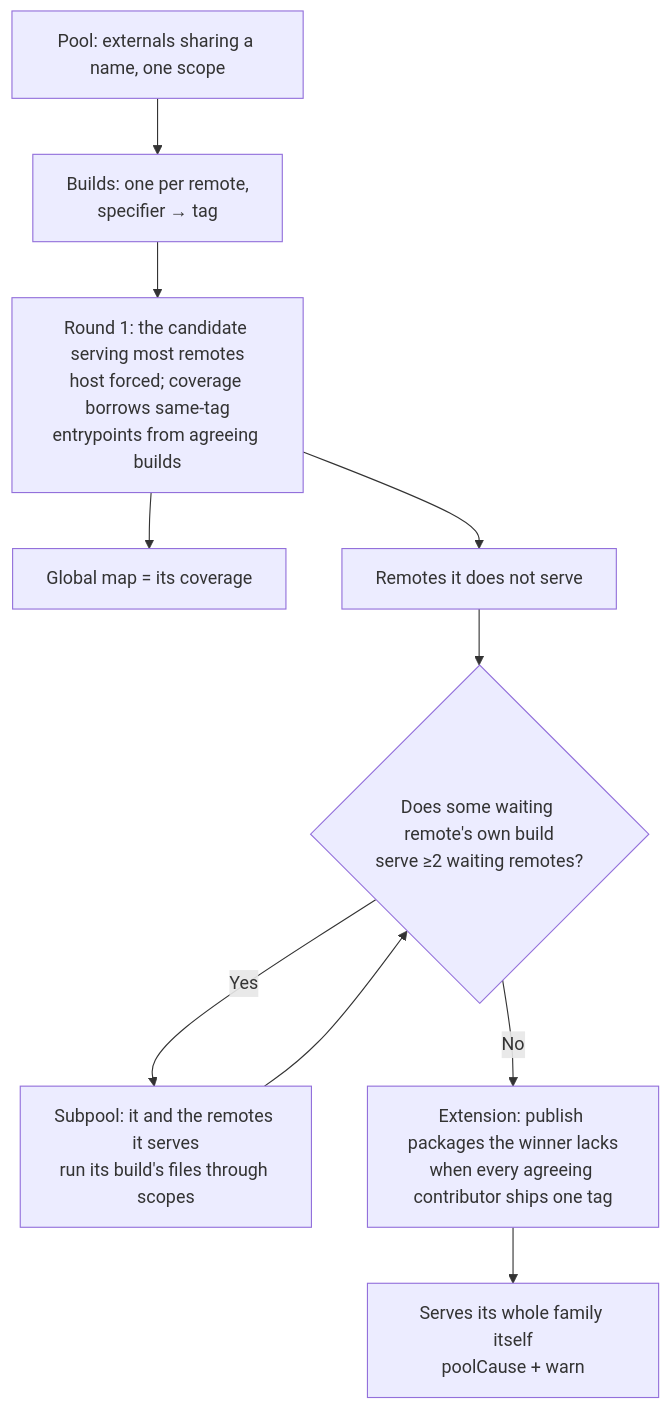
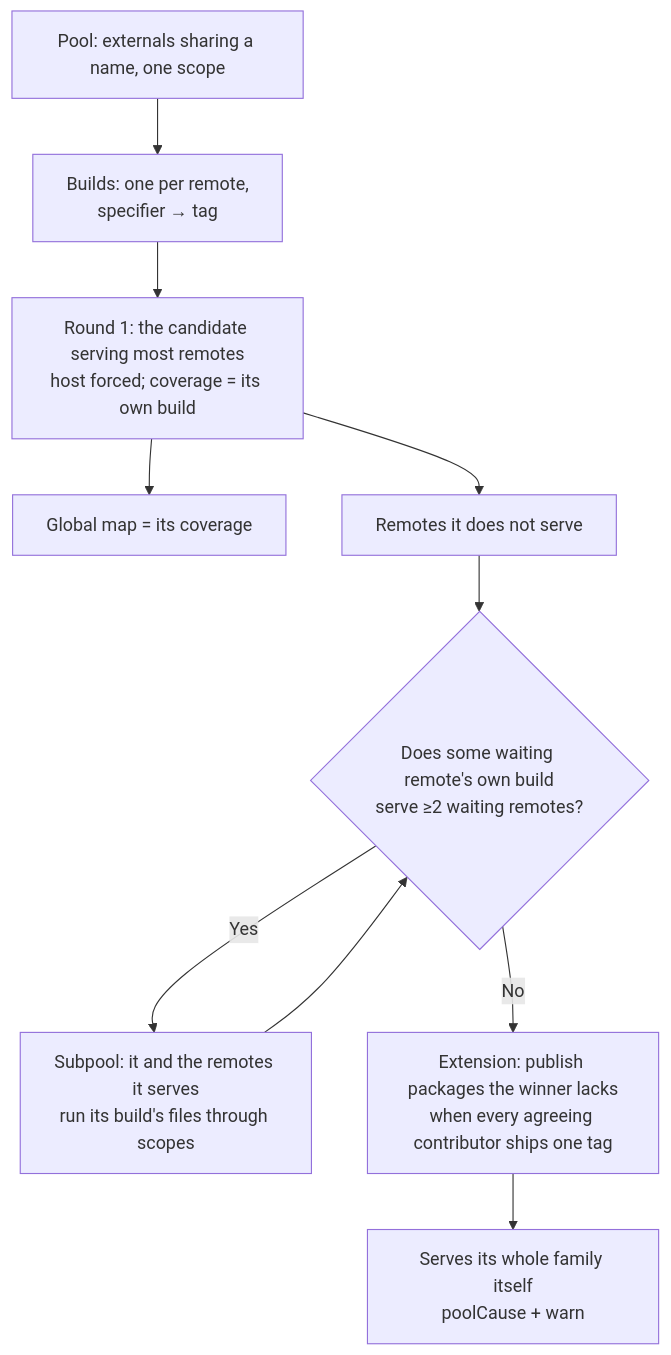
One commit to native-federation/orchestrator changed the sixth of 11 diagrams in docs/version-resolver.md. Above: the diagram before and after it, drawn with Mermaid. The commit also changed other lines of this file and 4 other files, not shown here.

````diff
--- a/docs/version-resolver.md
+++ b/docs/version-resolver.md
@@ -787,12 +832,12 @@
 ```mermaid
 flowchart TD
     A[Pool: externals sharing a name, one scope] --> B[Builds: one per remote,<br/>specifier → tag]
-    B --> R1[Round 1: the candidate serving most remotes<br/>host forced; coverage borrows same-tag<br/>entrypoints from agreeing builds]
+    B --> R1[Round 1: the candidate serving most remotes<br/>host forced; coverage = its own build]
     R1 --> G[Global map = its coverage]
     R1 --> P[Remotes it does not serve]
     P --> R2{Does some waiting remote's own build<br/>serve ≥2 waiting remotes?}
     R2 -->|Yes| AN[Subpool: it and the remotes it serves<br/>run its build's files through scopes]
     AN --> R2
     R2 -->|No| EX[Extension: publish packages the winner lacks<br/>when every agreeing contributor ships one tag]
     EX --> S[Serves its whole family itself<br/>poolCause + warn]
 ```
````
